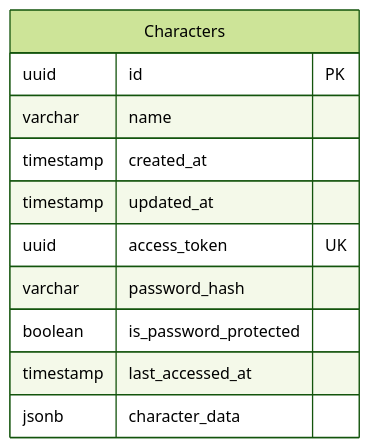
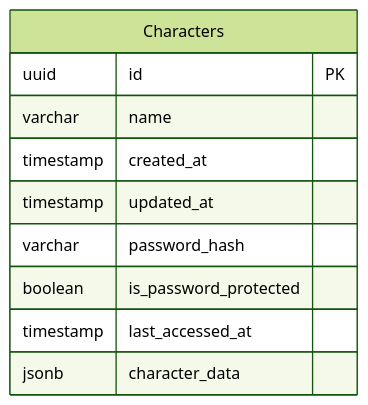
The diagram in specs/001-trpg-age-of/data-model.md (hibohiboo/age-of-hero), drawn with Mermaid (forest theme) before and after one commit. The commit also changed other lines of this file, not shown here.

````diff
--- a/specs/001-trpg-age-of/data-model.md
+++ b/specs/001-trpg-age-of/data-model.md
@@ -20,14 +20,13 @@
 ```mermaid
 erDiagram
     Characters {
         uuid id PK
         varchar name
         timestamp created_at
         timestamp updated_at
-        uuid access_token UK
         varchar password_hash
         boolean is_password_protected
         timestamp last_accessed_at
         jsonb character_data
     }
 ```
````
